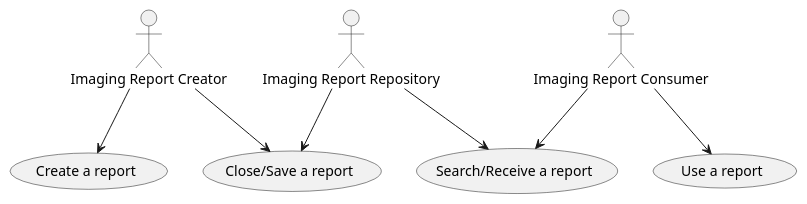
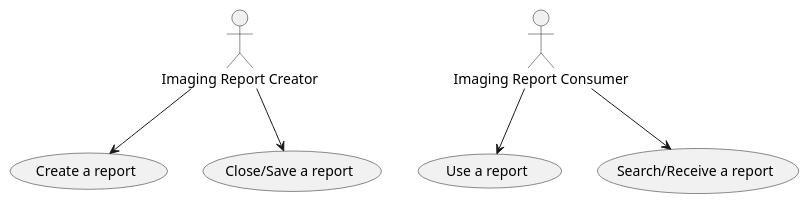
Before and after one commit to HL7-cz/img: the diagram in input/images-source/imgReport_Actors.plantuml, drawn with PlantUML. The commit also changed 8 other files, not shown here.

```diff
--- a/input/images-source/imgReport_Actors.plantuml
+++ b/input/images-source/imgReport_Actors.plantuml
@@ -1,17 +1,14 @@
 @startuml
 "Imaging Report Creator" as creator
-"Imaging Report Repository" as repos
 "Imaging Report Consumer" as consumer
 "Create a report" as (create)
 "Use a report" as (use)
 
 "Close/Save a report" as (save)
 "Search/Receive a report" as (receive)
 
 creator --> (create)
 creator --> (save)
 consumer --> (use)
 consumer --> (receive)
-repos --> (save)
-repos --> (receive)
 @enduml
```
